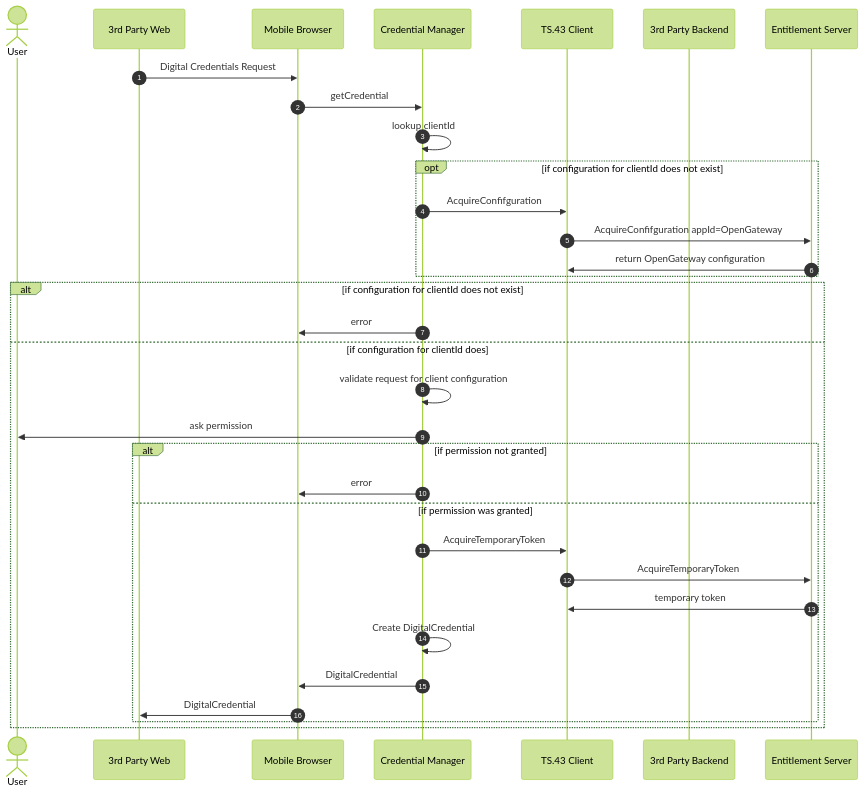
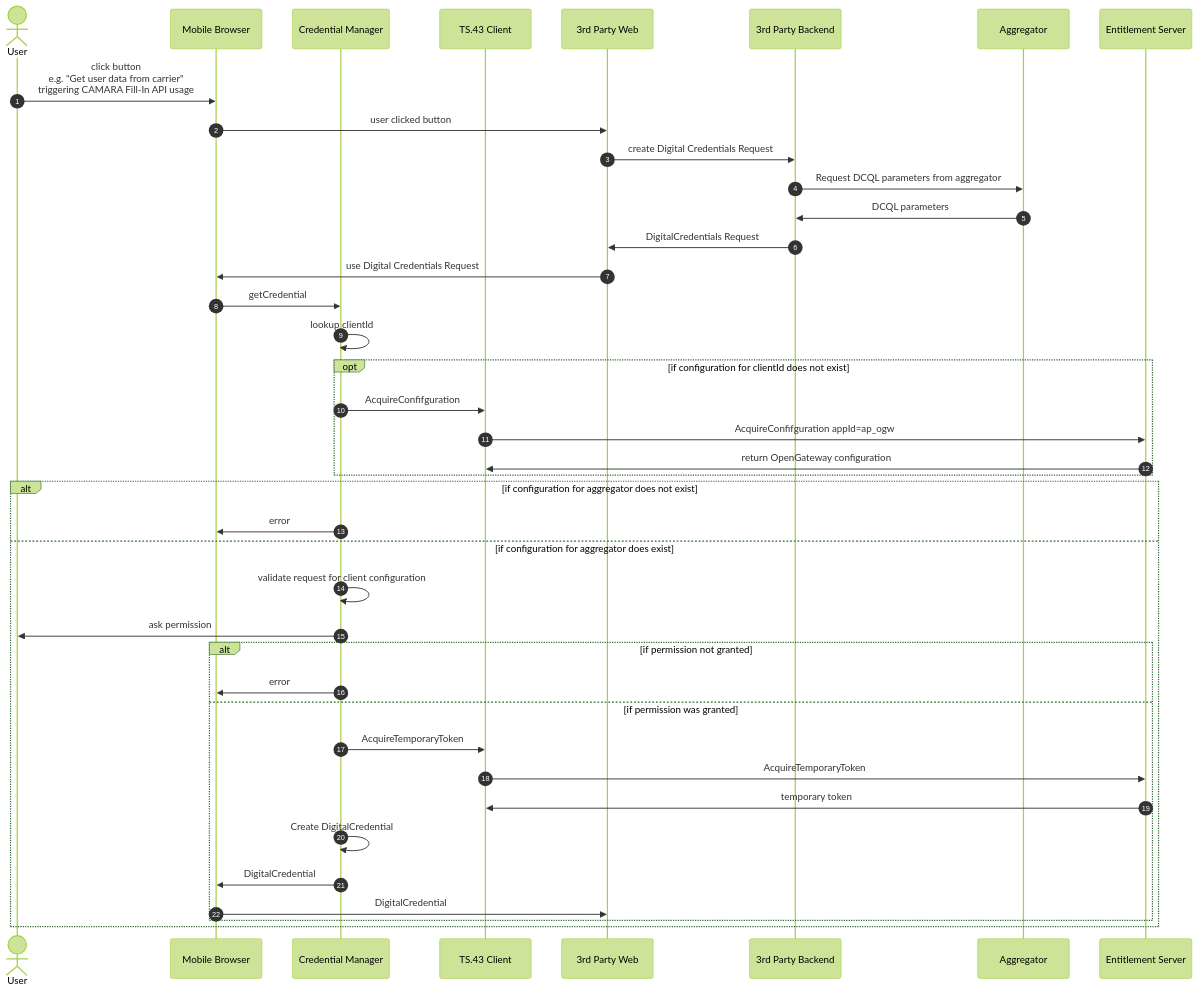
The diagram in README.md (AxelNennker/DigitalCredentialTest), drawn with Mermaid (forest theme) before and after one commit.

Commit message:
update sequence diagram

````diff
--- a/README.md
+++ b/README.md
@@ -21,35 +21,42 @@
 ```mermaid
 sequenceDiagram
     autonumber
     actor User
-    participant web as 3rd Party Web
     participant browser as Mobile Browser
     participant credman as Credential Manager
     participant ts43client as TS.43 Client
+    participant web as 3rd Party Web
     participant backend as 3rd Party Backend
+    participant agg as Aggregator
     participant ecs as Entitlement Server
-    web->>browser: Digital Credentials Request
+    User->>browser: click button<br/>e.g. "Get user data from carrier"<br/>triggering CAMARA Fill-In API usage
+    browser->>web: user clicked button
+    web->>backend: create Digital Credentials Request
+    backend->>agg: Request DCQL parameters from aggregator
+    agg->>backend: DCQL parameters
+    backend->>web: DigitalCredentials Request
+    web->>browser: use Digital Credentials Request
     browser->> credman: getCredential
     credman->>credman: lookup clientId
     opt if configuration for clientId does not exist
         credman->>ts43client: AcquireConfifguration
-        ts43client->>ecs: AcquireConfifguration appId=OpenGateway
+        ts43client->>ecs: AcquireConfifguration appId=ap_ogw
         ecs->>ts43client: return OpenGateway configuration
     end
-    alt if configuration for clientId does not exist
+    alt if configuration for aggregator does not exist
         credman->>browser: error
-    else if configuration for clientId does
+    else if configuration for aggregator does exist
         credman->>credman: validate request for client configuration 
         credman->>User: ask permission
         alt if permission not granted
             credman->>browser: error
         else if permission was granted
             credman->>ts43client: AcquireTemporaryToken
             ts43client->>ecs: AcquireTemporaryToken
             ecs->>ts43client: temporary token
             credman->>credman: Create DigitalCredential
             credman->>browser: DigitalCredential
             browser->>web: DigitalCredential
         end
     end
 ```
````
